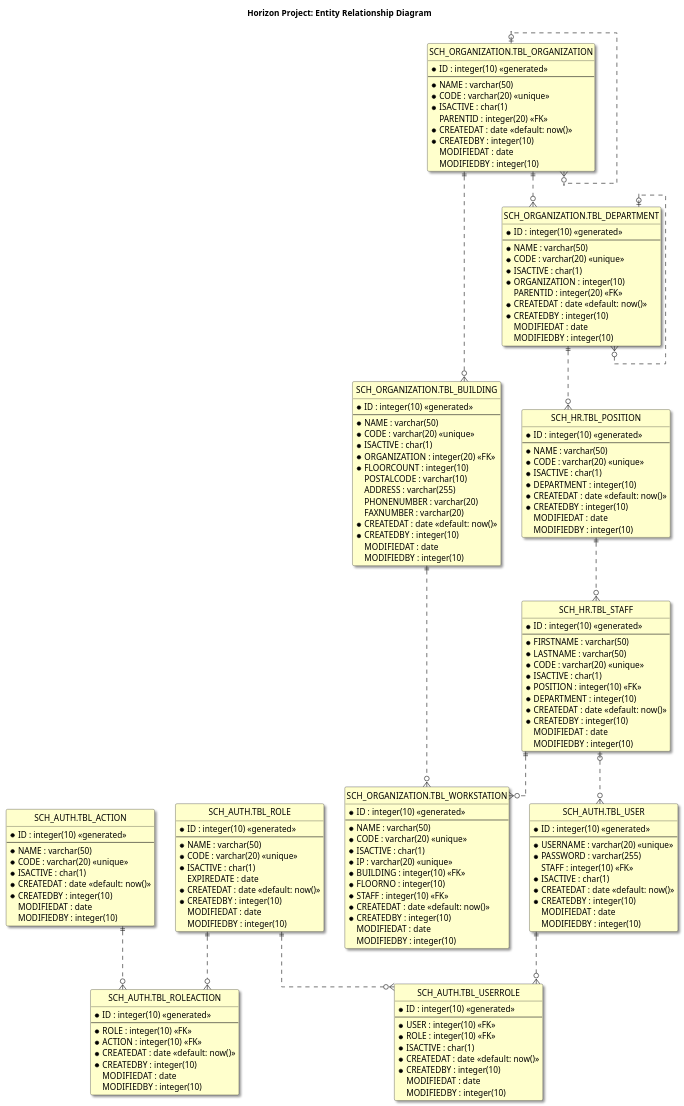
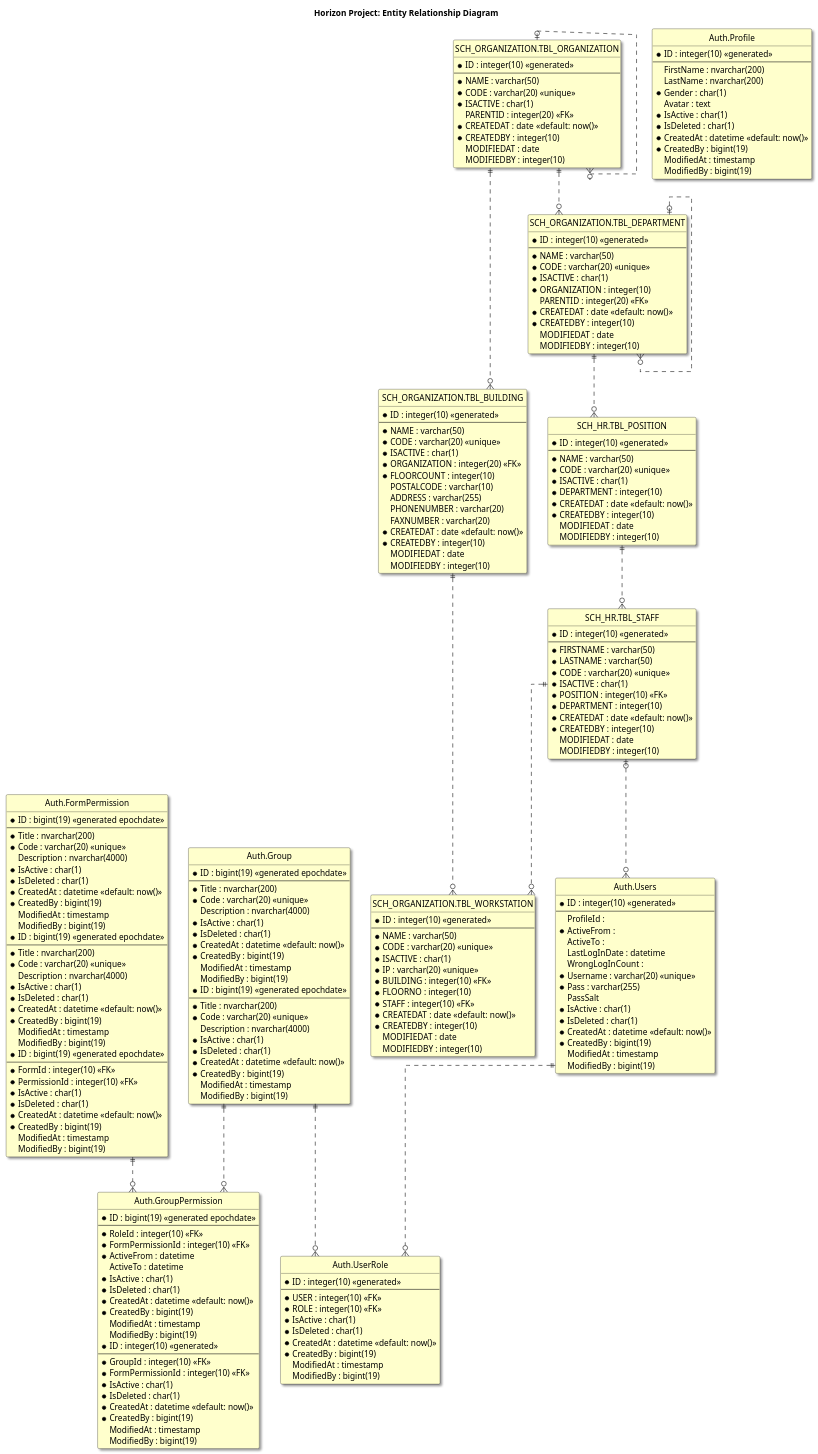
The diagram in HorizonAnalysis/ERD/EntityRelatiohsipDiagram.puml (mahyaresteki/Horizon), drawn with PlantUML before and after one commit.

```diff
--- a/HorizonAnalysis/ERD/EntityRelatiohsipDiagram.puml
+++ b/HorizonAnalysis/ERD/EntityRelatiohsipDiagram.puml
@@ -6,65 +6,148 @@
 
 title Horizon Project: Entity Relationship Diagram
 
-entity "SCH_AUTH.TBL_ROLE" as role {
+entity "Auth.Role" as role {
+  *ID : bigint(19) <<generated epochdate>>
+  --
+  *Title : nvarchar(200)
+  *Code : varchar(20) <<unique>>
+  Description : nvarchar(4000)
+  *IsActive : char(1)
+  *IsDeleted : char(1)
+  *CreatedAt : datetime <<default: now()>>
+  *CreatedBy : bigint(19)
+  ModifiedAt : timestamp
+  ModifiedBy : bigint(19)
+}
+
+entity "Auth.Group" as role {
+  *ID : bigint(19) <<generated epochdate>>
+  --
+  *Title : nvarchar(200)
+  *Code : varchar(20) <<unique>>
+  Description : nvarchar(4000)
+  *IsActive : char(1)
+  *IsDeleted : char(1)
+  *CreatedAt : datetime <<default: now()>>
+  *CreatedBy : bigint(19)
+  ModifiedAt : timestamp
+  ModifiedBy : bigint(19)
+}
+
+entity "Auth.Permission" as action {
+  *ID : bigint(19) <<generated epochdate>>
+  --
+  *Title : nvarchar(200)
+  *Code : varchar(20) <<unique>>
+  Description : nvarchar(4000)
+  *IsActive : char(1)
+  *IsDeleted : char(1)
+  *CreatedAt : datetime <<default: now()>>
+  *CreatedBy : bigint(19)
+  ModifiedAt : timestamp
+  ModifiedBy : bigint(19)
+}
+
+entity "Auth.Form" as action {
+  *ID : bigint(19) <<generated epochdate>>
+  --
+  *Title : nvarchar(200)
+  *Code : varchar(20) <<unique>>
+  Description : nvarchar(4000)
+  *IsActive : char(1)
+  *IsDeleted : char(1)
+  *CreatedAt : datetime <<default: now()>>
+  *CreatedBy : bigint(19)
+  ModifiedAt : timestamp
+  ModifiedBy : bigint(19)
+}
+
+entity "Auth.FormPermission" as action {
+  *ID : bigint(19) <<generated epochdate>>
+  --
+  *FormId : integer(10) <<FK>>
+  *PermissionId : integer(10) <<FK>>
+  *IsActive : char(1)
+  *IsDeleted : char(1)
+  *CreatedAt : datetime <<default: now()>>
+  *CreatedBy : bigint(19)
+  ModifiedAt : timestamp
+  ModifiedBy : bigint(19)
+}
+
+entity "Auth.RolePermission" as roleAction {
+  *ID : bigint(19) <<generated epochdate>>
+  --
+  *RoleId : integer(10) <<FK>>
+  *FormPermissionId : integer(10) <<FK>>
+  *ActiveFrom : datetime
+  ActiveTo : datetime
+  *IsActive : char(1)
+  *IsDeleted : char(1)
+  *CreatedAt : datetime <<default: now()>>
+  *CreatedBy : bigint(19)
+  ModifiedAt : timestamp
+  ModifiedBy : bigint(19)
+}
+
+entity "Auth.GroupPermission" as roleAction {
   *ID : integer(10) <<generated>>
   --
-  *NAME : varchar(50)
-  *CODE : varchar(20) <<unique>>
-  *ISACTIVE : char(1)
-  EXPIREDATE : date
-  *CREATEDAT : date <<default: now()>>
-  *CREATEDBY : integer(10)
-  MODIFIEDAT : date
-  MODIFIEDBY : integer(10)
+  *GroupId : integer(10) <<FK>>
+  *FormPermissionId : integer(10) <<FK>>
+  *IsActive : char(1)
+  *IsDeleted : char(1)
+  *CreatedAt : datetime <<default: now()>>
+  *CreatedBy : bigint(19)
+  ModifiedAt : timestamp
+  ModifiedBy : bigint(19)
 }
 
-entity "SCH_AUTH.TBL_ACTION" as action {
+entity "Auth.Profile" as profile {
   *ID : integer(10) <<generated>>
   --
-  *NAME : varchar(50)
-  *CODE : varchar(20) <<unique>>
-  *ISACTIVE : char(1)
-  *CREATEDAT : date <<default: now()>>
-  *CREATEDBY : integer(10)
-  MODIFIEDAT : date
-  MODIFIEDBY : integer(10)
+  FirstName : nvarchar(200)
+  LastName : nvarchar(200)
+  *Gender : char(1)
+  Avatar : text
+  *IsActive : char(1)
+  *IsDeleted : char(1)
+  *CreatedAt : datetime <<default: now()>>
+  *CreatedBy : bigint(19)
+  ModifiedAt : timestamp
+  ModifiedBy : bigint(19)
 }
 
-entity "SCH_AUTH.TBL_ROLEACTION" as roleAction {
+entity "Auth.Users" as user {
   *ID : integer(10) <<generated>>
   --
-  *ROLE : integer(10) <<FK>>
-  *ACTION : integer(10) <<FK>>
-  *CREATEDAT : date <<default: now()>>
-  *CREATEDBY : integer(10)
-  MODIFIEDAT : date
-  MODIFIEDBY : integer(10)
+  ProfileId :
+  *ActiveFrom :
+  ActiveTo :
+  LastLogInDate : datetime
+  WrongLogInCount :
+  *Username : varchar(20) <<unique>>
+  *Pass : varchar(255)
+  PassSalt
+  *IsActive : char(1)
+  *IsDeleted : char(1)
+  *CreatedAt : datetime <<default: now()>>
+  *CreatedBy : bigint(19)
+  ModifiedAt : timestamp
+  ModifiedBy : bigint(19)
 }
 
-entity "SCH_AUTH.TBL_USER" as user {
-  *ID : integer(10) <<generated>>
-  --
-  *USERNAME : varchar(20) <<unique>>
-  *PASSWORD : varchar(255)
-  STAFF : integer(10) <<FK>>
-  *ISACTIVE : char(1)
-  *CREATEDAT : date <<default: now()>>
-  *CREATEDBY : integer(10)
-  MODIFIEDAT : date
-  MODIFIEDBY : integer(10)
-}
-
-entity "SCH_AUTH.TBL_USERROLE" as userRole {
+entity "Auth.UserRole" as userRole {
   *ID : integer(10) <<generated>>
   --
   *USER : integer(10) <<FK>>
   *ROLE : integer(10) <<FK>>
-  *ISACTIVE : char(1)
-  *CREATEDAT : date <<default: now()>>
-  *CREATEDBY : integer(10)
-  MODIFIEDAT : date
-  MODIFIEDBY : integer(10)
+  *IsActive : char(1)
+  *IsDeleted : char(1)
+  *CreatedAt : datetime <<default: now()>>
+  *CreatedBy : bigint(19)
+  ModifiedAt : timestamp
+  ModifiedBy : bigint(19)
 }
 
 entity "SCH_ORGANIZATION.TBL_ORGANIZATION" as organization {
```
